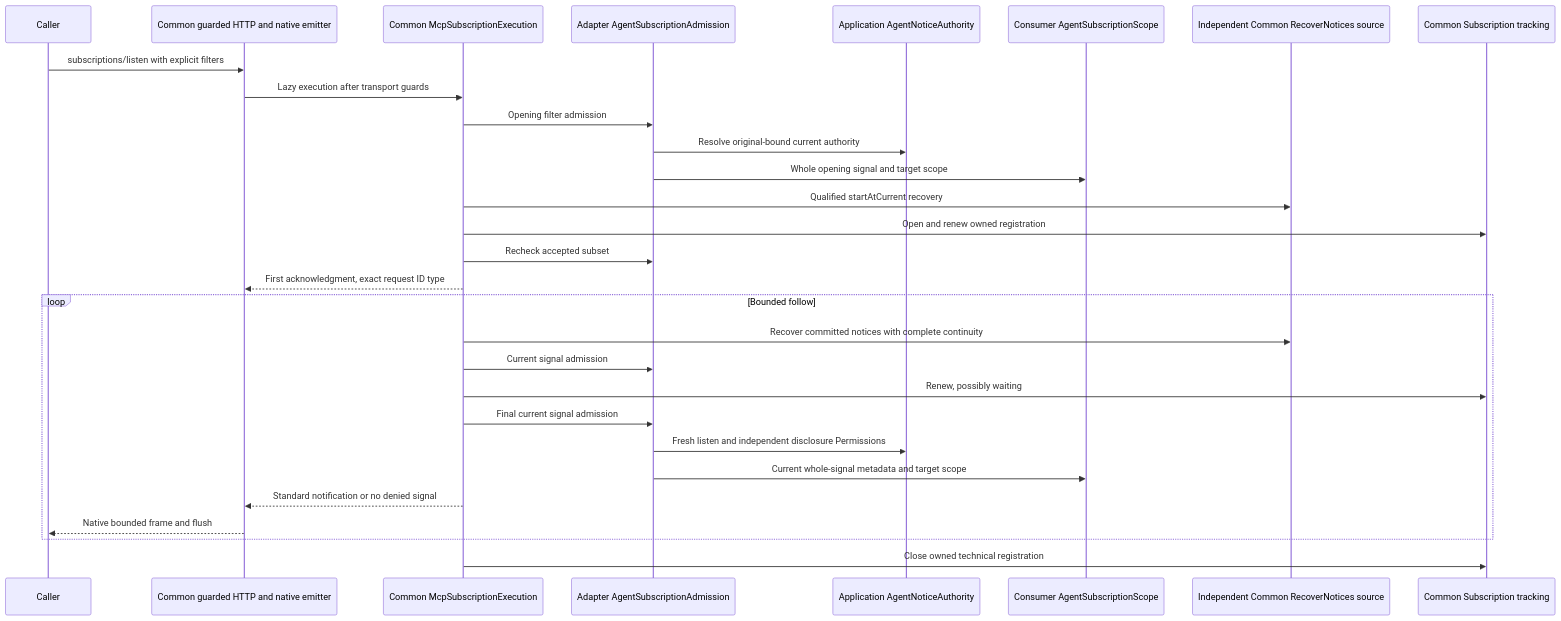
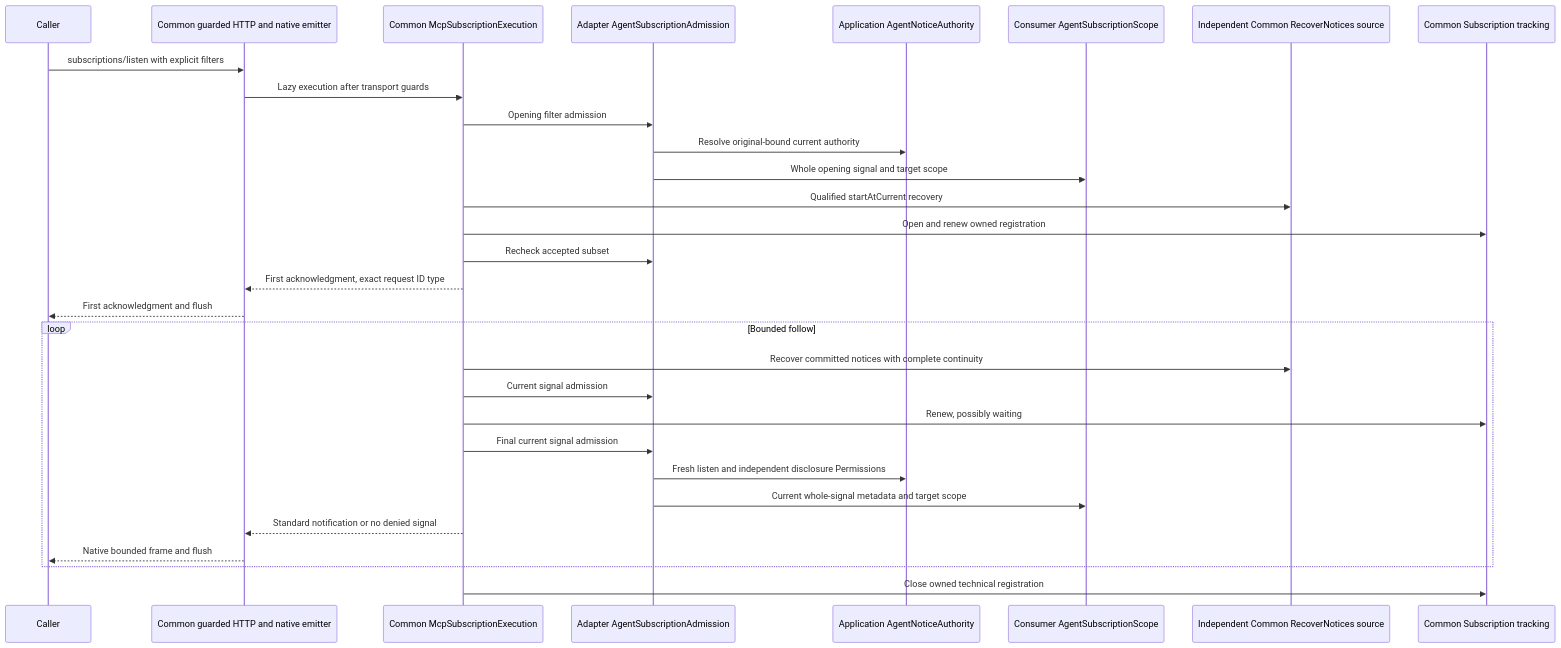
Before and after one commit to johnnickell/fight-access-control: the diagram in docs/agent-live-disclosure.md, drawn with Mermaid. The commit also changed other lines of this file and 2 other files, not shown here.

Commit message:
docs: record TASK-00093 verification and pinned runtime flow

````diff
--- a/docs/agent-live-disclosure.md
+++ b/docs/agent-live-disclosure.md
@@ -11,31 +11,32 @@
 ```mermaid
 sequenceDiagram
     participant Caller
     participant HTTP as Common guarded HTTP and native emitter
     participant Live as Common McpSubscriptionExecution
     participant Agent as Adapter AgentSubscriptionAdmission
     participant Authority as Application AgentNoticeAuthority
     participant Scope as Consumer AgentSubscriptionScope
     participant Query as Independent Common RecoverNotices source
     participant Store as Common Subscription tracking
     Caller->>HTTP: subscriptions/listen with explicit filters
     HTTP->>Live: Lazy execution after transport guards
     Live->>Agent: Opening filter admission
     Agent->>Authority: Resolve original-bound current authority
     Agent->>Scope: Whole opening signal and target scope
     Live->>Query: Qualified startAtCurrent recovery
     Live->>Store: Open and renew owned registration
     Live->>Agent: Recheck accepted subset
     Live-->>HTTP: First acknowledgment, exact request ID type
+    HTTP-->>Caller: First acknowledgment and flush
     loop Bounded follow
         Live->>Query: Recover committed notices with complete continuity
         Live->>Agent: Current signal admission
         Live->>Store: Renew, possibly waiting
         Live->>Agent: Final current signal admission
         Agent->>Authority: Fresh listen and independent disclosure Permissions
         Agent->>Scope: Current whole-signal metadata and target scope
         Live-->>HTTP: Standard notification or no denied signal
         HTTP-->>Caller: Native bounded frame and flush
     end
     Live->>Store: Close owned technical registration
 ```
````
